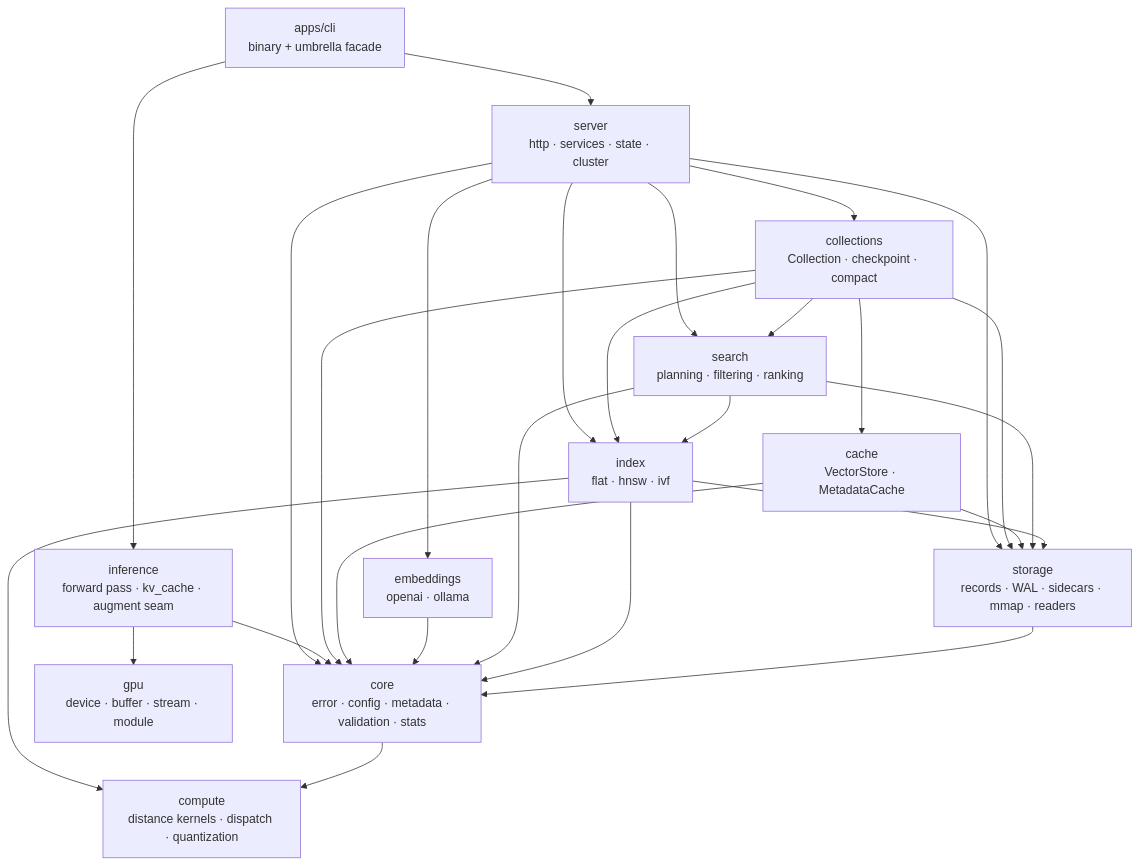
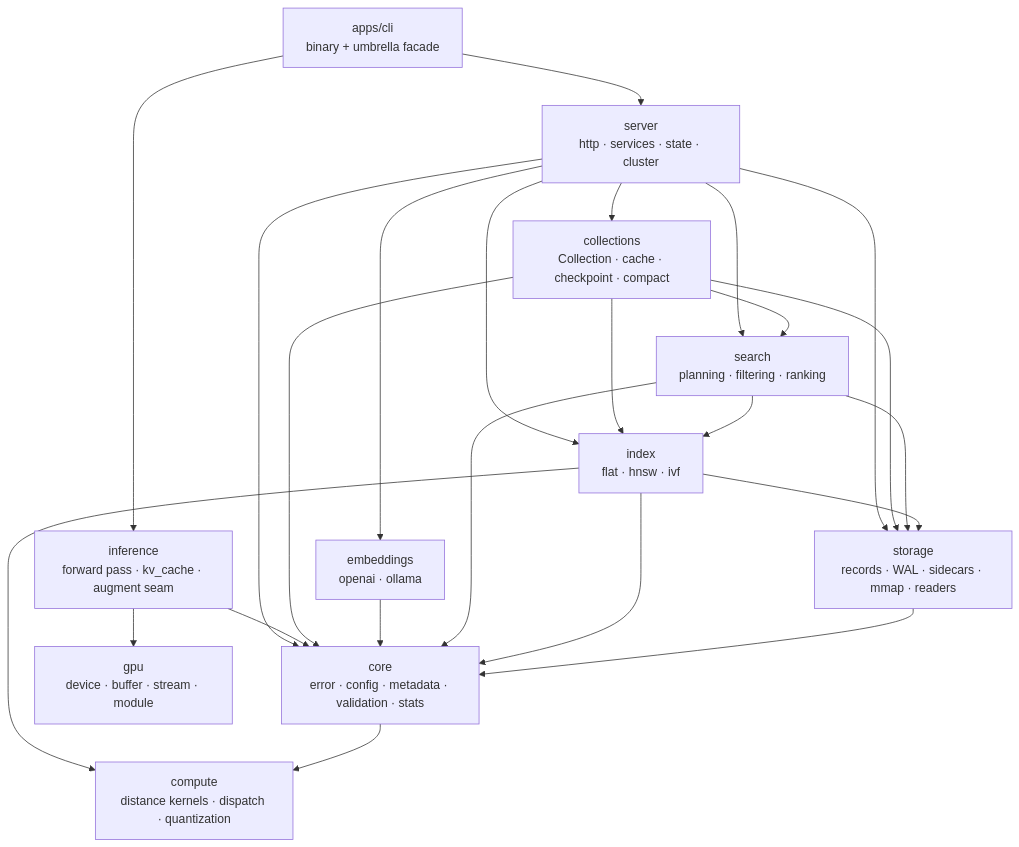
The first of 3 diagrams in docs/ARCHITECTURE.md (ashworks1706/Piramid), drawn with Mermaid before and after one commit. The commit also changed other lines of this file and 20 other files, not shown here.

First line of the commit message:
Fold piramid-cache back into collections; list the managers in the facade

````diff
--- a/docs/ARCHITECTURE.md
+++ b/docs/ARCHITECTURE.md
@@ -75,42 +75,38 @@
 ```mermaid
 flowchart TD
     CLI[apps/cli<br/>binary + umbrella facade]
     Server[server<br/>http · services · state · cluster]
     Inference[inference<br/>forward pass · kv_cache · augment seam]
-    Collections[collections<br/>Collection · checkpoint · compact]
-    Cache[cache<br/>VectorStore · MetadataCache]
+    Collections[collections<br/>Collection · cache · checkpoint · compact]
     Embeddings[embeddings<br/>openai · ollama]
     Search[search<br/>planning · filtering · ranking]
     Index[index<br/>flat · hnsw · ivf]
     Storage[storage<br/>records · WAL · sidecars · mmap · readers]
     Core[core<br/>error · config · metadata · validation · stats]
     Compute[compute<br/>distance kernels · dispatch · quantization]
     Gpu[gpu<br/>device · buffer · stream · module]
 
     CLI --> Server
     CLI --> Inference
     Server --> Collections
     Server --> Embeddings
     Server --> Search
     Server --> Index
     Server --> Storage
     Server --> Core
     Inference --> Gpu
     Inference --> Core
     Collections --> Search
     Collections --> Index
-    Collections --> Cache
     Collections --> Storage
     Collections --> Core
-    Cache --> Storage
-    Cache --> Core
     Embeddings --> Core
     Search --> Index
     Search --> Storage
     Search --> Core
     Index --> Storage
     Index --> Core
     Index --> Compute
     Storage --> Core
     Core --> Compute
 ```
````
